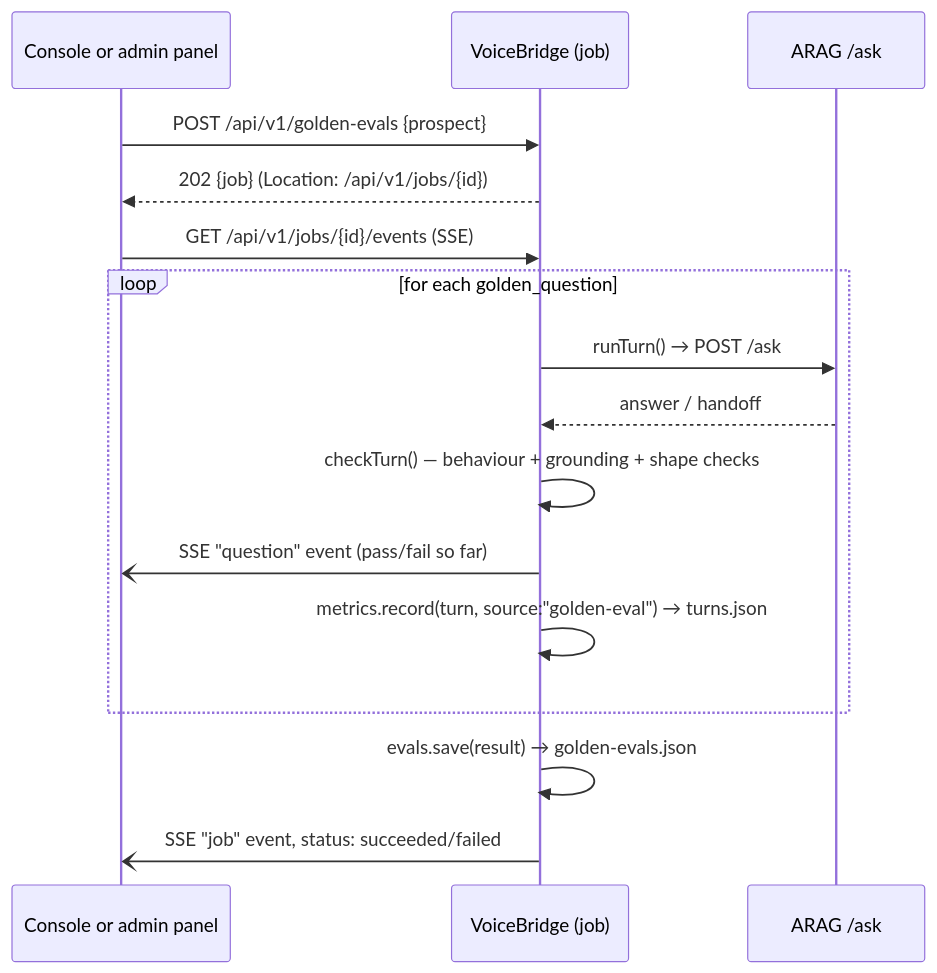
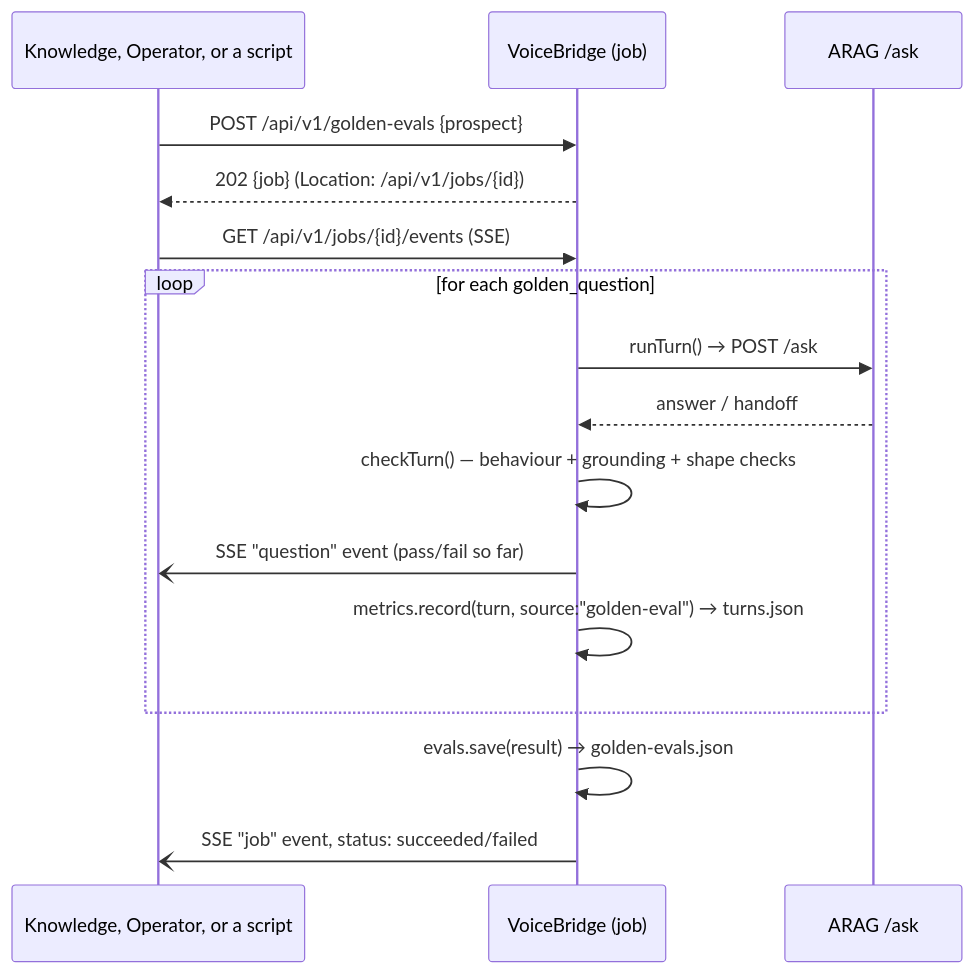
The fourth of 4 diagrams in docs/architecture/data-flow.md (jaysanderson/arag-voicebridge), drawn with Mermaid before and after one commit. The commit also changed other lines of this file and 17 other files, not shown here.

````diff
--- a/docs/architecture/data-flow.md
+++ b/docs/architecture/data-flow.md
@@ -160,19 +163,19 @@
 ```mermaid
 sequenceDiagram
-    participant U as Console or admin panel
+    participant U as Knowledge, Operator, or a script
     participant VB as VoiceBridge (job)
     participant AR as ARAG /ask
 
     U->>VB: POST /api/v1/golden-evals {prospect}
     VB-->>U: 202 {job} (Location: /api/v1/jobs/{id})
     U->>VB: GET /api/v1/jobs/{id}/events (SSE)
     loop for each golden_question
         VB->>AR: runTurn() → POST /ask
         AR-->>VB: answer / handoff
         VB->>VB: checkTurn() — behaviour + grounding + shape checks
         VB-)U: SSE "question" event (pass/fail so far)
         VB->>VB: metrics.record(turn, source:"golden-eval") → turns.json
     end
     VB->>VB: evals.save(result) → golden-evals.json
     VB-)U: SSE "job" event, status: succeeded/failed
 ```
````
